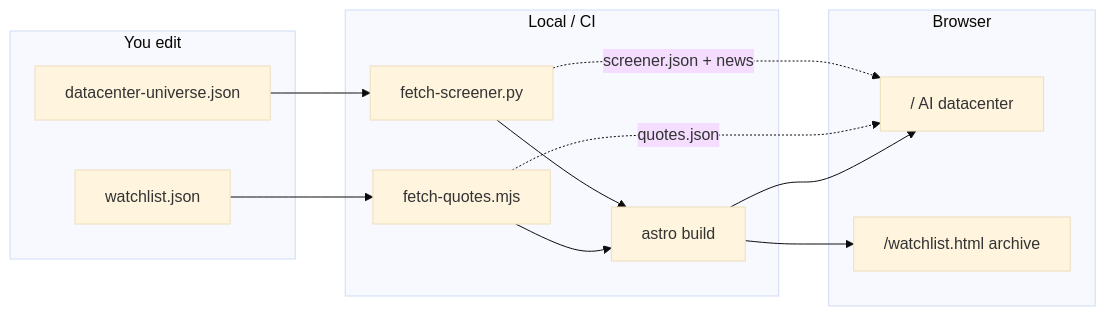
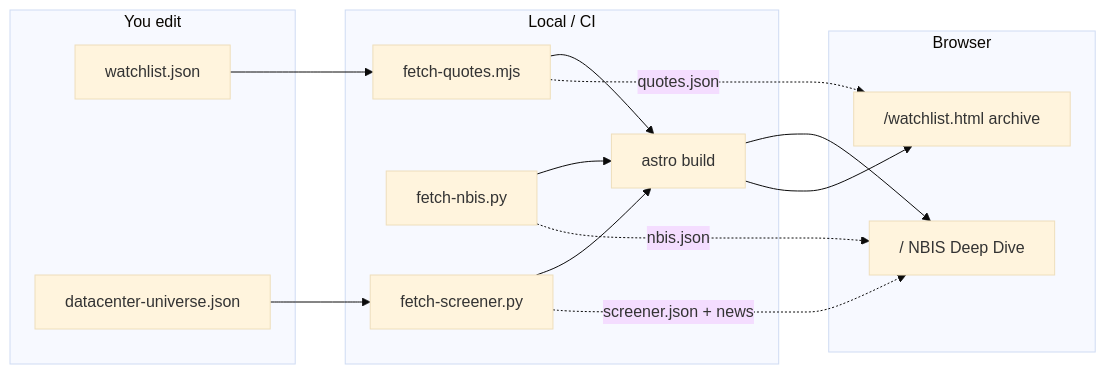
Before and after one commit to Jacob-Idolor/Pet_Projects: the first of 2 diagrams in stocks/radar/README.md, drawn with Mermaid (base theme). The commit also changed other lines of this file and 33 other files, not shown here.

````diff
--- a/stocks/radar/README.md
+++ b/stocks/radar/README.md
@@ -17,27 +17,30 @@
 ```mermaid
 flowchart LR
   subgraph edit [You edit]
     W[watchlist.json]
     U[datacenter-universe.json]
   end
 
   subgraph local [Local / CI]
     Q[fetch-quotes.mjs]
+    N[fetch-nbis.py]
     S[fetch-screener.py]
     B[astro build]
   end
 
   subgraph browser [Browser]
-    Home["/ AI datacenter"]
+    Home["/ NBIS Deep Dive"]
     WL["/watchlist.html archive"]
   end
 
   W --> Q
+  N --> B
   U --> S
   Q --> B
   S --> B
   B --> Home
   B --> WL
-  Q -.->|quotes.json| Home
+  N -.->|nbis.json| Home
+  Q -.->|quotes.json| WL
   S -.->|screener.json + news| Home
 ```
````
